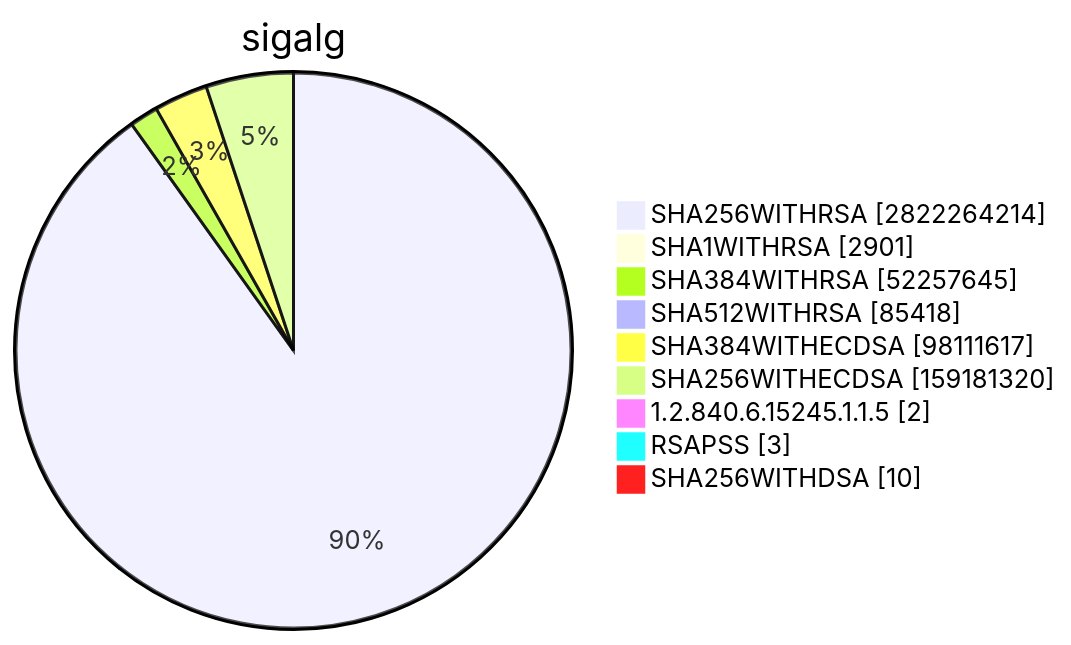
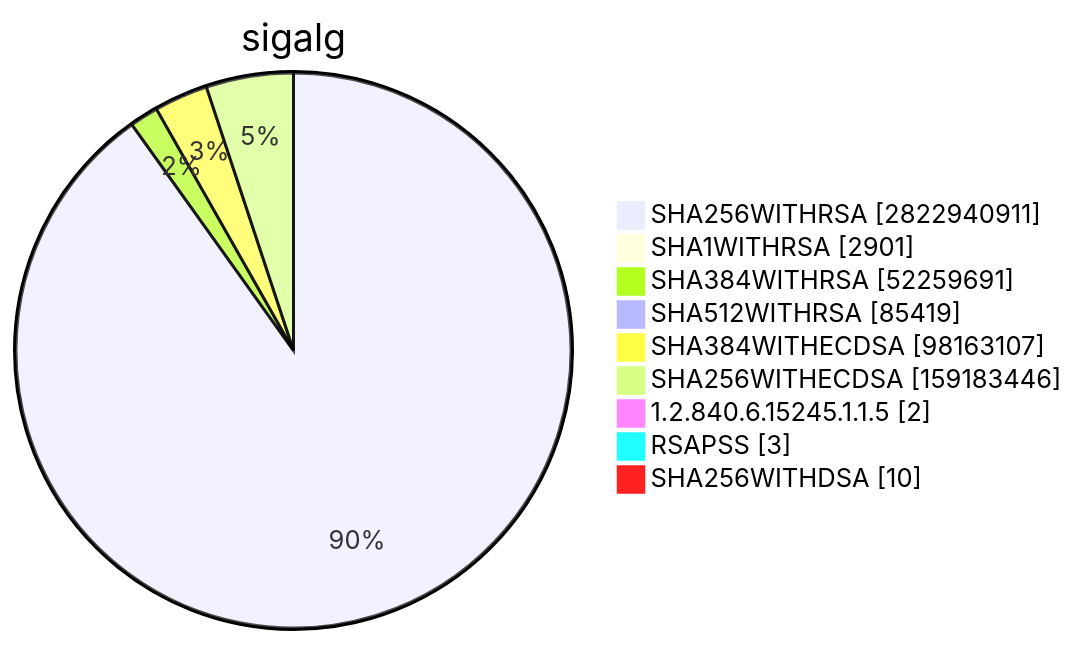
Before and after one commit to christiankrug/ctmonitor_visualization: diagram 15 of 15 in TOTAL/README.md, drawn with Mermaid. The commit also changed other lines of this file, not shown here.

````diff
--- a/TOTAL/README.md
+++ b/TOTAL/README.md
@@ -6205,13 +6205,13 @@
 ```mermaid
 pie showData
 title sigalg
-"SHA256WITHRSA" :2822264214
+"SHA256WITHRSA" :2822940911
 "SHA1WITHRSA" :2901
-"SHA384WITHRSA" :52257645
-"SHA512WITHRSA" :85418
-"SHA384WITHECDSA" :98111617
-"SHA256WITHECDSA" :159181320
+"SHA384WITHRSA" :52259691
+"SHA512WITHRSA" :85419
+"SHA384WITHECDSA" :98163107
+"SHA256WITHECDSA" :159183446
 "1.2.840.6.15245.1.1.5" :2
 "RSAPSS" :3
 "SHA256WITHDSA" :10
 ```
````
